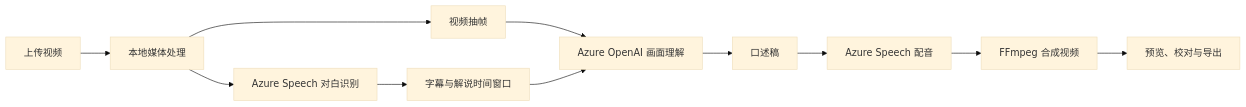
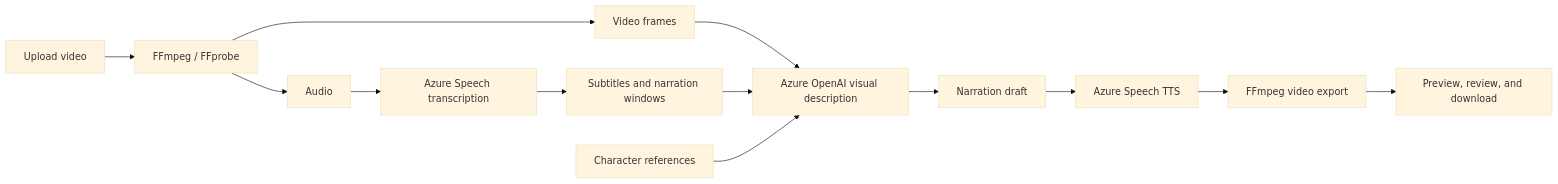
One commit to lianshuang2023-stack/VisonEcho changed the diagram in README.md. Above: the diagram before and after it, drawn with Mermaid (base theme). The commit also changed other lines of this file and 107 other files, not shown here.

````diff
--- a/README.md
+++ b/README.md
@@ -57,13 +82,15 @@
 ```mermaid
 flowchart LR
-    A[上传视频] --> B[本地媒体处理]
-    B --> C[Azure Speech 对白识别]
-    B --> D[视频抽帧]
-    C --> E[字幕与解说时间窗口]
-    D --> F[Azure OpenAI 画面理解]
-    E --> F
-    F --> G[口述稿]
-    G --> H[Azure Speech 配音]
-    H --> I[FFmpeg 合成视频]
-    I --> J[预览、校对与导出]
+    A[Upload video] --> B[FFmpeg / FFprobe]
+    B --> C[Audio]
+    B --> D[Video frames]
+    C --> E[Azure Speech transcription]
+    E --> F[Subtitles and narration windows]
+    D --> G[Azure OpenAI visual description]
+    F --> G
+    H[Character references] --> G
+    G --> I[Narration draft]
+    I --> J[Azure Speech TTS]
+    J --> K[FFmpeg video export]
+    K --> L[Preview, review, and download]
 ```
````
